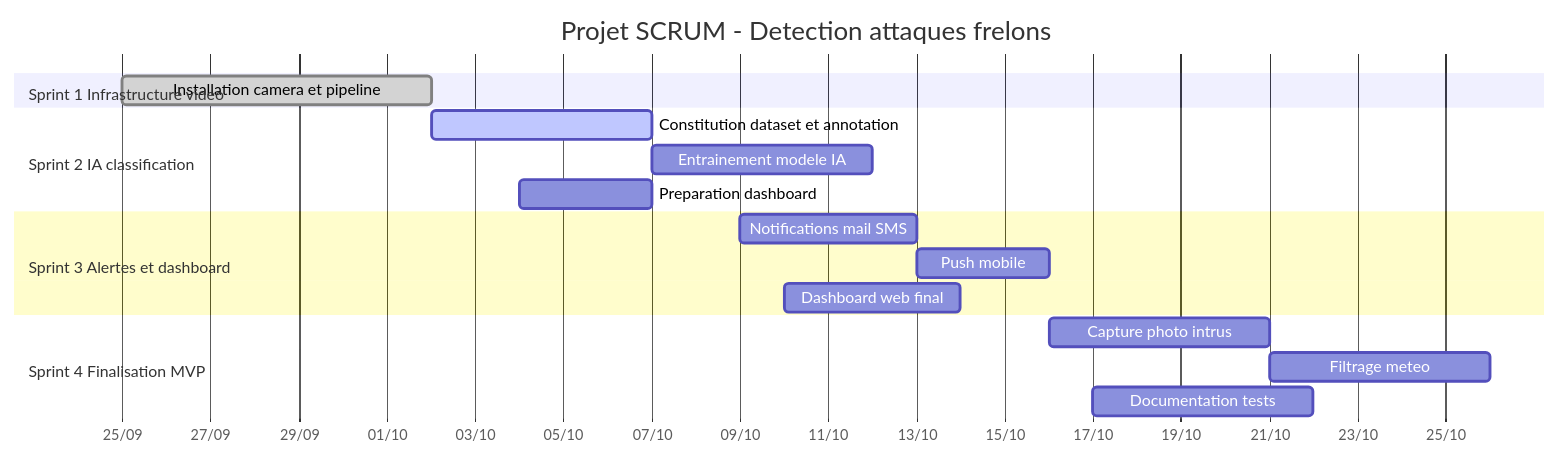
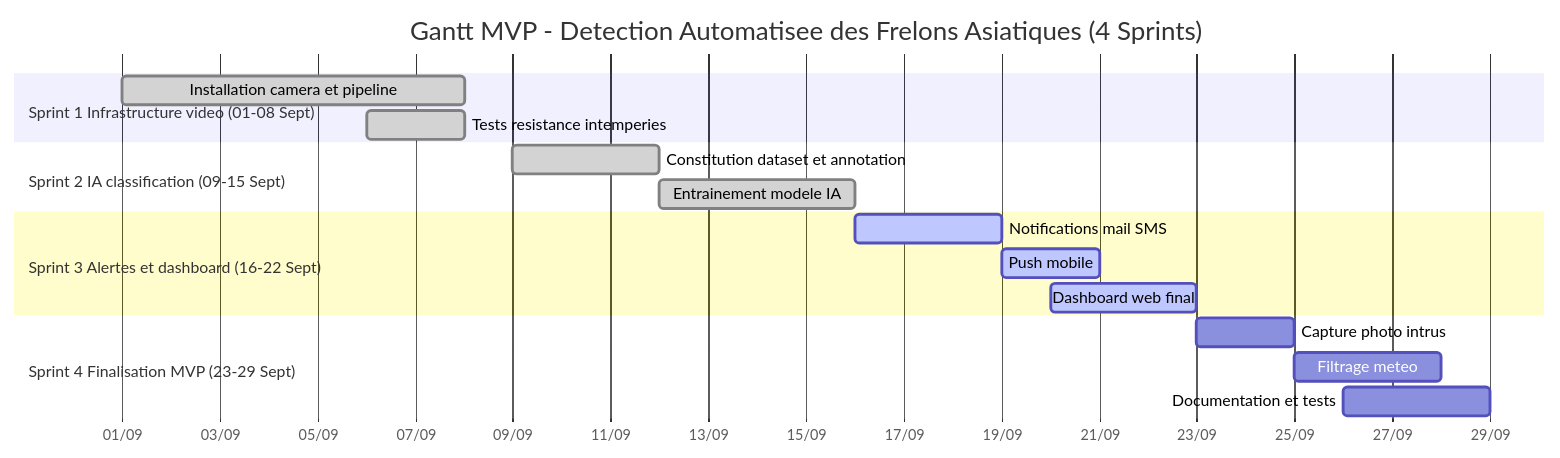
Before and after one commit to KAHINA-ABBAD/scrum-kanban: the diagram in Dossier.md, drawn with Mermaid.

````diff
--- a/Dossier.md
+++ b/Dossier.md
@@ -99,26 +99,26 @@
 ```mermaid
 
 gantt
-    title Projet SCRUM - Detection attaques frelons
+    title Gantt MVP - Detection Automatisee des Frelons Asiatiques (4 Sprints)
     dateFormat YYYY-MM-DD
     axisFormat %d/%m
 
-    section Sprint 1 Infrastructure video
-    Installation camera et pipeline :done, cam1, 2025-09-25, 7d
+    section Sprint 1 Infrastructure video (01-08 Sept)
+    Installation camera et pipeline        :done,    cam1, 2025-09-01, 7d
+    Tests resistance intemperies           :done,    test1, 2025-09-06, 2d
 
-    section Sprint 2 IA classification
-    Constitution dataset et annotation :active, data1, 2025-10-02, 5d
-    Entrainement modele IA :model1, after data1, 5d
-    Preparation dashboard :dash1, 2025-10-04, 3d
+    section Sprint 2 IA classification (09-15 Sept)
+    Constitution dataset et annotation     :done,    data1, 2025-09-09, 3d
+    Entrainement modele IA                 :done,    model1, 2025-09-12, 4d
 
-    section Sprint 3 Alertes et dashboard
-    Notifications mail SMS :notif1, 2025-10-09, 4d
-    Push mobile :notif2, after notif1, 3d
-    Dashboard web final :dash2, 2025-10-10, 4d
+    section Sprint 3 Alertes et dashboard (16-22 Sept)
+    Notifications mail SMS                 :active,  notif1, 2025-09-16, 3d
+    Push mobile                            :active,  notif2, 2025-09-19, 2d
+    Dashboard web final                    :active,  dash2, 2025-09-20, 3d
 
-    section Sprint 4 Finalisation MVP
-    Capture photo intrus :photo1, 2025-10-16, 5d
-    Filtrage meteo :filt1, after photo1, 5d
-    Documentation tests :doc1, 2025-10-17, 5d
+    section Sprint 4 Finalisation MVP (23-29 Sept)
+    Capture photo intrus                   :        photo1, 2025-09-23, 2d
+    Filtrage meteo                         :        filt1, 2025-09-25, 3d
+    Documentation et tests                 :        doc1, 2025-09-26, 3d
 
 ```
````
